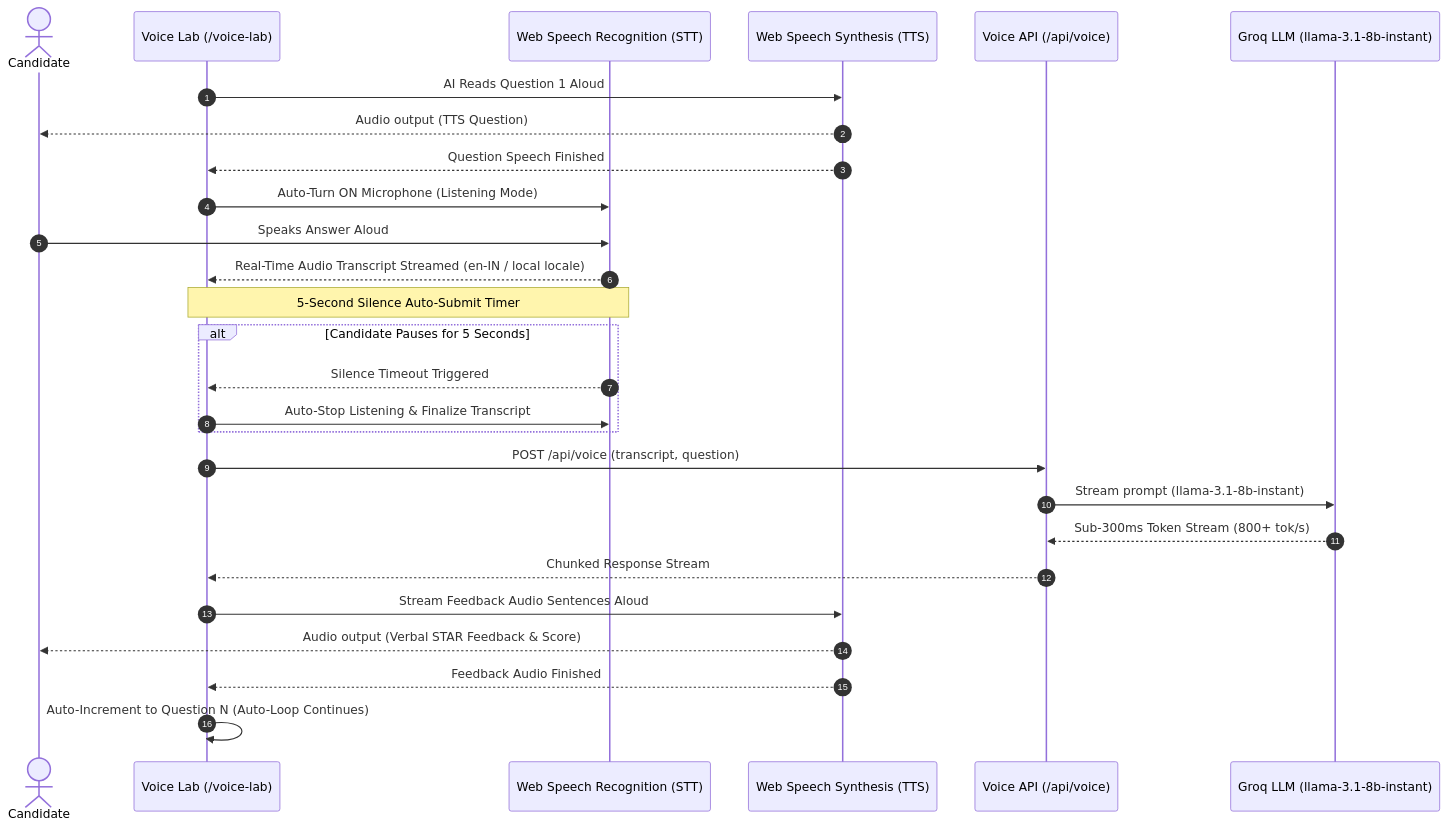
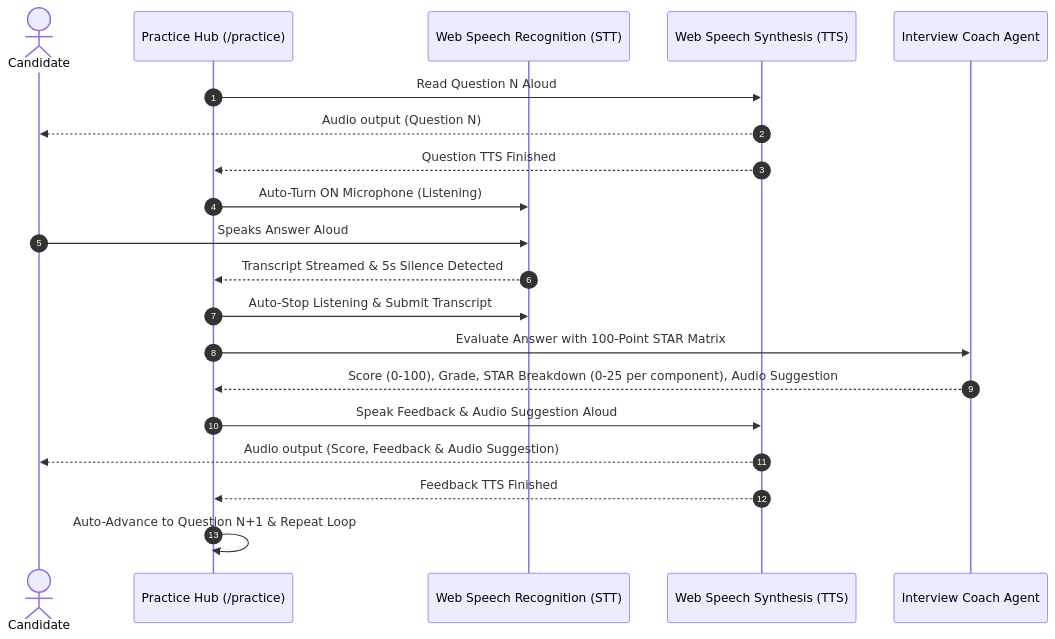
The third of 3 diagrams in FLOW.md (princeraj27/AI-Resume-Tailor), drawn with Mermaid before and after one commit. The commit also changed other lines of this file, not shown here.

Commit message:
docs: update FLOW.md with architecture, hands-free voice loop, STAR 100-point grading matrix, and dynamic score themes

````diff
--- a/FLOW.md
+++ b/FLOW.md
@@ -91,32 +102,23 @@
 ```mermaid
 sequenceDiagram
     autonumber
     actor Candidate
-    participant VoiceUI as Voice Lab (/voice-lab)
+    participant VoiceUI as Practice Hub (/practice)
     participant SpeechSTT as Web Speech Recognition (STT)
     participant SpeechTTS as Web Speech Synthesis (TTS)
-    participant VoiceAPI as Voice API (/api/voice)
-    participant Groq as Groq LLM (llama-3.1-8b-instant)
+    participant Agent as Interview Coach Agent
 
-    VoiceUI->>SpeechTTS: AI Reads Question 1 Aloud
-    SpeechTTS-->>Candidate: Audio output (TTS Question)
-    SpeechTTS-->>VoiceUI: Question Speech Finished
-    VoiceUI->>SpeechSTT: Auto-Turn ON Microphone (Listening Mode)
+    VoiceUI->>SpeechTTS: Read Question N Aloud
+    SpeechTTS-->>Candidate: Audio output (Question N)
+    SpeechTTS-->>VoiceUI: Question TTS Finished
+    VoiceUI->>SpeechSTT: Auto-Turn ON Microphone (Listening)
     Candidate->>SpeechSTT: Speaks Answer Aloud
-    SpeechSTT-->>VoiceUI: Real-Time Audio Transcript Streamed (en-IN / local locale)
-    
-    note over VoiceUI,SpeechSTT: 5-Second Silence Auto-Submit Timer
-    alt Candidate Pauses for 5 Seconds
-        SpeechSTT-->>VoiceUI: Silence Timeout Triggered
-        VoiceUI->>SpeechSTT: Auto-Stop Listening & Finalize Transcript
-    end
-
-    VoiceUI->>VoiceAPI: POST /api/voice (transcript, question)
-    VoiceAPI->>Groq: Stream prompt (llama-3.1-8b-instant)
-    Groq-->>VoiceAPI: Sub-300ms Token Stream (800+ tok/s)
-    VoiceAPI-->>VoiceUI: Chunked Response Stream
-    VoiceUI->>SpeechTTS: Stream Feedback Audio Sentences Aloud
-    SpeechTTS-->>Candidate: Audio output (Verbal STAR Feedback & Score)
-    SpeechTTS-->>VoiceUI: Feedback Audio Finished
-    VoiceUI->>VoiceUI: Auto-Increment to Question N (Auto-Loop Continues)
+    SpeechSTT-->>VoiceUI: Transcript Streamed & 5s Silence Detected
+    VoiceUI->>SpeechSTT: Auto-Stop Listening & Submit Transcript
+    VoiceUI->>Agent: Evaluate Answer with 100-Point STAR Matrix
+    Agent-->>VoiceUI: Score (0-100), Grade, STAR Breakdown (0-25 per component), Audio Suggestion
+    VoiceUI->>SpeechTTS: Speak Feedback & Audio Suggestion Aloud
+    SpeechTTS-->>Candidate: Audio output (Score, Feedback & Audio Suggestion)
+    SpeechTTS-->>VoiceUI: Feedback TTS Finished
+    VoiceUI->>VoiceUI: Auto-Advance to Question N+1 & Repeat Loop
 ```
````
